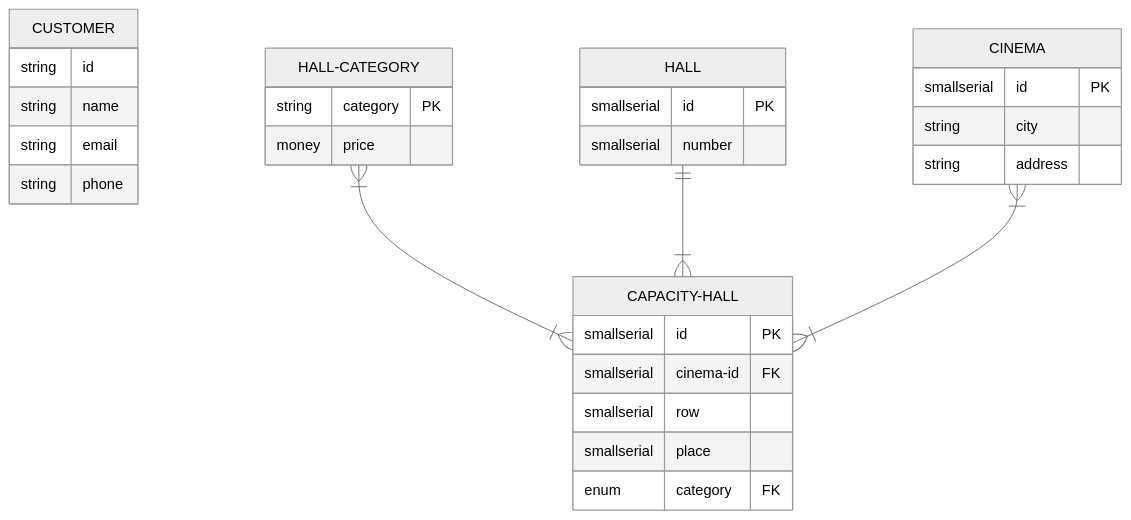
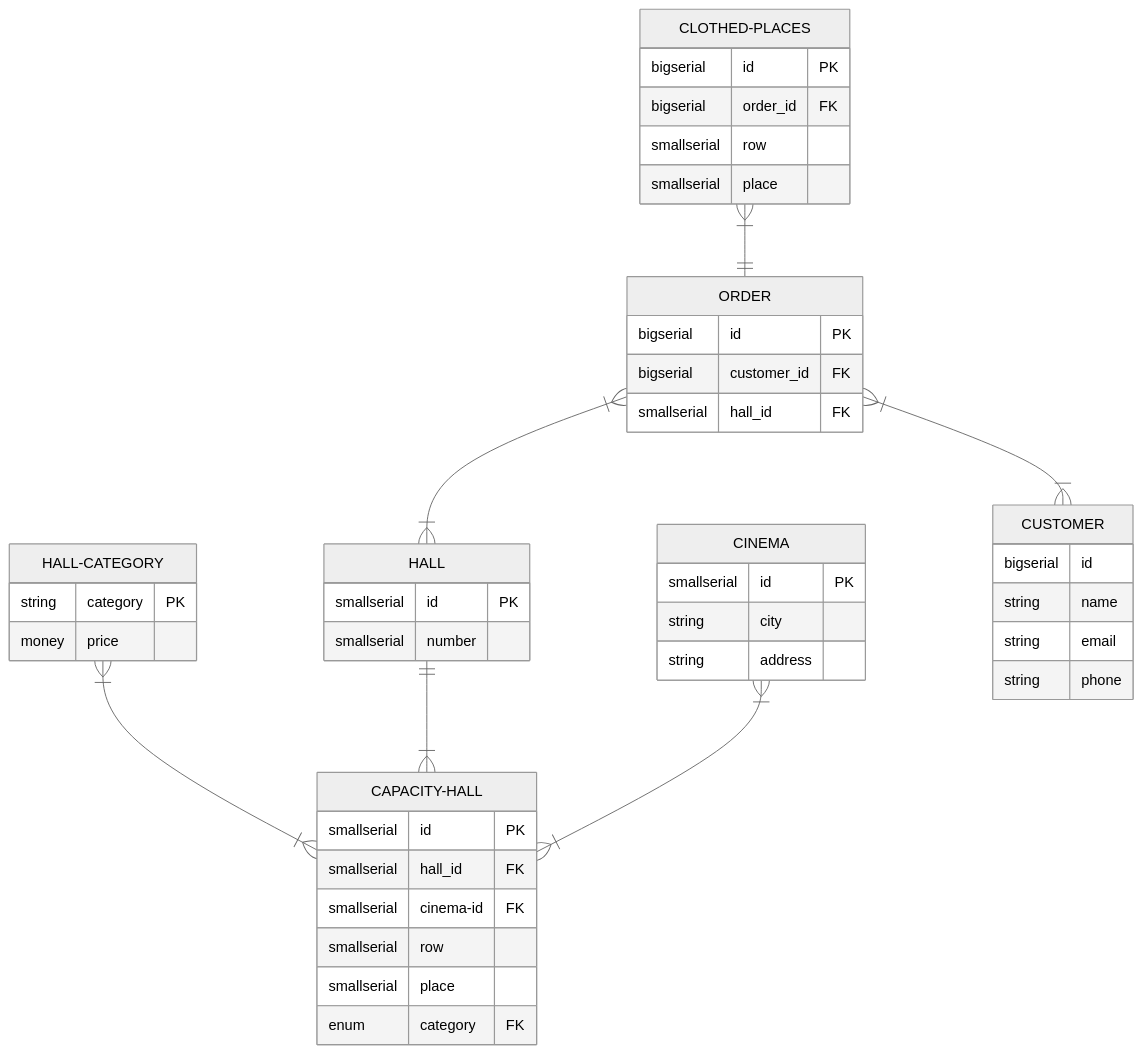
The diagram in cinema.mmd (otusteamedu/PHP_2025), drawn with Mermaid (neutral theme) before and after one commit.

Commit message:
feat(database schema): Added CLOTHED-PLACES and ORDER tables. Relationships between tables have been changed

```diff
--- a/cinema.mmd
+++ b/cinema.mmd
@@ -1,36 +1,53 @@
 erDiagram
 	direction TB
-	CUSTOMER {
-		string id  ""  
-		string name  ""  
-		string email  ""  
-		string phone  ""  
-	}
-
 	HALL-CATEGORY {
 		string category PK ""
 		money price  ""
 	}
 
 	CINEMA {
 		smallserial id PK ""
 		string city  ""
 		string address  ""
 	}
 
 	HALL {
 		smallserial id PK ""
 		smallserial number  ""
 	}
 
 	CAPACITY-HALL {
 		smallserial id PK ""
+		smallserial hall_id FK ""
 		smallserial cinema-id FK ""
 		smallserial row  ""
 		smallserial place  ""
 		enum category FK ""
 	}
 
+	CUSTOMER {
+		bigserial id  ""
+		string name  ""
+		string email  ""
+		string phone  ""
+	}
+
+	ORDER {
+		bigserial id PK ""
+		bigserial customer_id FK ""
+		smallserial hall_id FK ""
+	}
+
+	CLOTHED-PLACES {
+		bigserial id PK ""
+		bigserial order_id FK ""
+		smallserial row  ""
+		smallserial place  ""
+	}
+
 	HALL-CATEGORY}|--|{CAPACITY-HALL:"  "
 	HALL||--|{CAPACITY-HALL:"  "
 	CINEMA}|--|{CAPACITY-HALL:"  "
+	ORDER}|--|{CUSTOMER:"  "
+	ORDER}|--|{HALL:"  "
+	CLOTHED-PLACES}|--||ORDER:"  "
```
